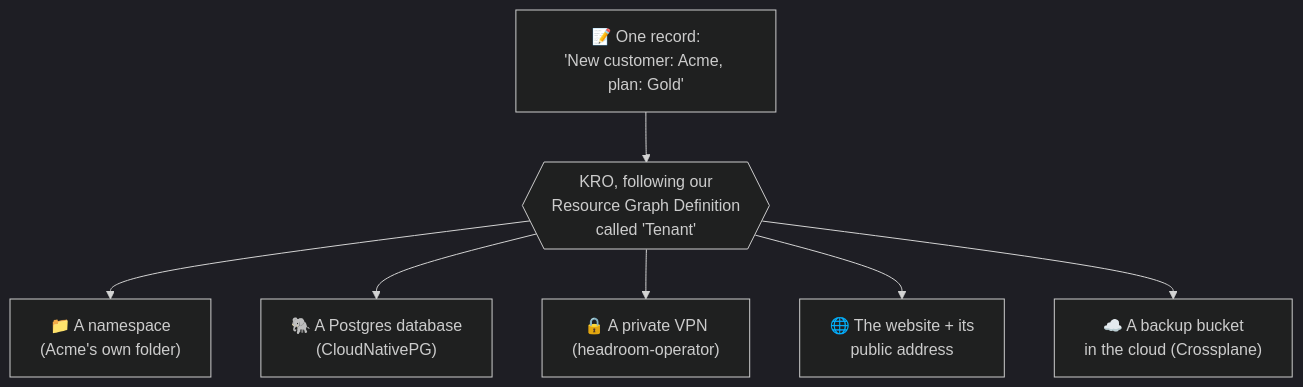
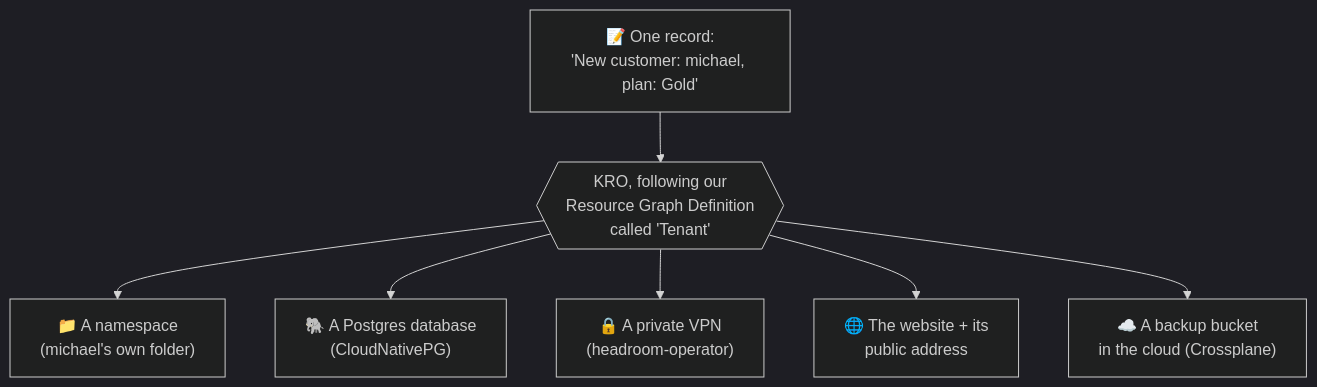
Before and after one commit to external-systems/explain-kube-to-me: the second of 2 diagrams in documentation/docs/extending.md, drawn with Mermaid (dark theme). The commit also changed other lines of this file and 3 other files, not shown here.

````diff
--- a/documentation/docs/extending.md
+++ b/documentation/docs/extending.md
@@ -118,9 +118,9 @@
 ```mermaid
 flowchart TB
-    T["📝 One record:<br/>'New customer: Acme, plan: Gold'"] --> K{{"KRO, following our<br/>Resource Graph Definition<br/>called 'Tenant'"}}
-    K --> N["📁 A namespace<br/>(Acme's own folder)"]
+    T["📝 One record:<br/>'New customer: michael, plan: Gold'"] --> K{{"KRO, following our<br/>Resource Graph Definition<br/>called 'Tenant'"}}
+    K --> N["📁 A namespace<br/>(michael's own folder)"]
     K --> P["🐘 A Postgres database<br/>(CloudNativePG)"]
     K --> V["🔒 A private VPN<br/>(headroom-operator)"]
     K --> S["🌐 The website + its<br/>public address"]
     K --> B["☁️ A backup bucket<br/>in the cloud (Crossplane)"]
 ```
````
